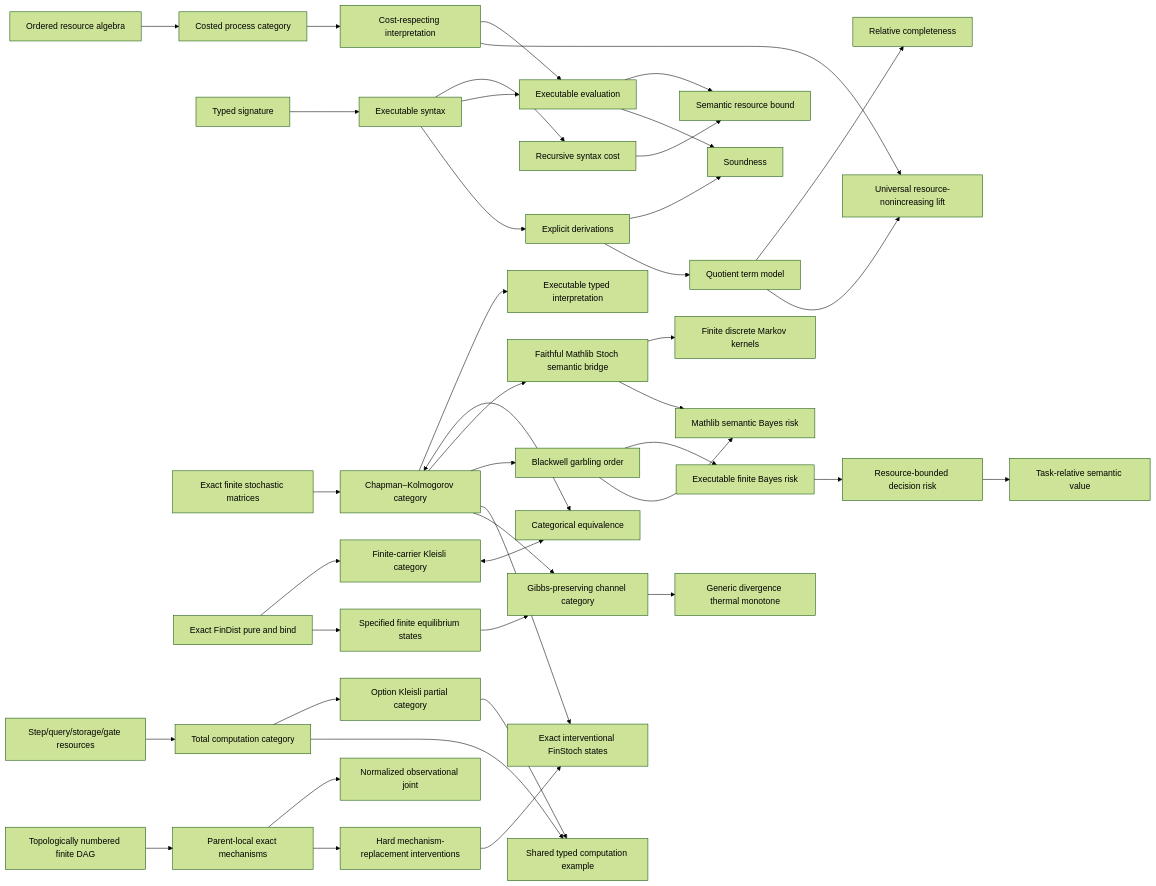
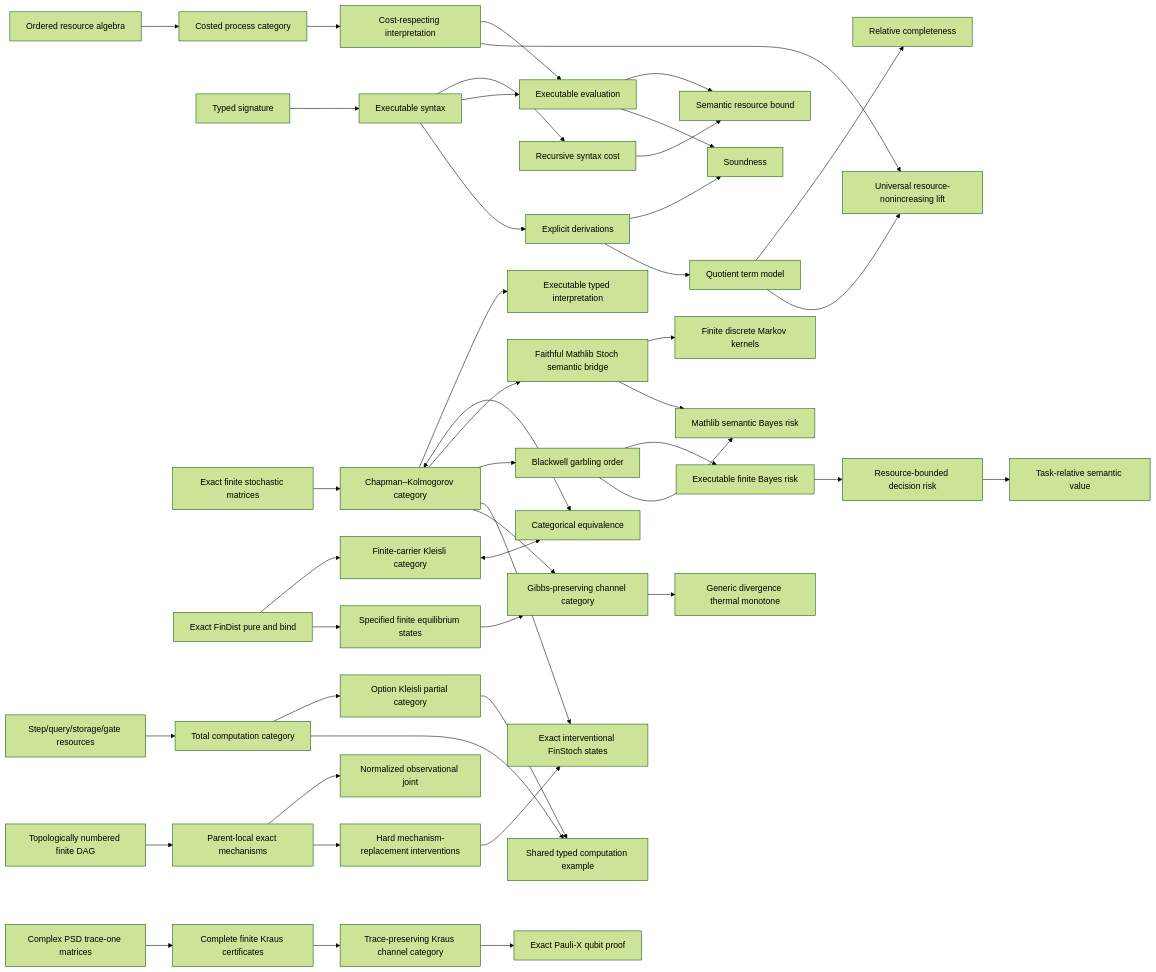
The diagram in README.md (miuchan/ript), drawn with Mermaid (forest theme) before and after one commit. The commit also changed other lines of this file and 12 other files, not shown here.

Commit message:
Formalize finite Kraus channels

````diff
--- a/README.md
+++ b/README.md
@@ -481,44 +534,47 @@
 ```mermaid
 flowchart LR
   R["Ordered resource algebra"] --> C["Costed process category"]
   S["Typed signature"] --> X["Executable syntax"]
   X --> K["Recursive syntax cost"]
   C --> I["Cost-respecting interpretation"]
   X --> E["Executable evaluation"]
   I --> E
   K --> B["Semantic resource bound"]
   E --> B
   X --> D["Explicit derivations"]
   D --> SO["Soundness"]
   E --> SO
   D --> T["Quotient term model"]
   T --> CO["Relative completeness"]
   I --> U["Universal resource-nonincreasing lift"]
   T --> U
   F["Exact finite stochastic matrices"] --> CK["Chapman–Kolmogorov category"]
   CK --> EX["Executable typed interpretation"]
   FD["Exact FinDist pure and bind"] --> KL["Finite-carrier Kleisli category"]
   CK <--> EQ["Categorical equivalence"]
   KL <--> EQ
   CK --> ST["Faithful Mathlib Stoch semantic bridge"]
   ST --> MT["Finite discrete Markov kernels"]
   CK --> BW["Blackwell garbling order"]
   ST --> SB["Mathlib semantic Bayes risk"]
   BW --> FR["Executable finite Bayes risk"]
   FR --> RR["Resource-bounded decision risk"]
   RR --> SV["Task-relative semantic value"]
   BW --> SB
   CR["Step/query/storage/gate resources"] --> TC["Total computation category"]
   TC --> PC["Option Kleisli partial category"]
   TC --> CE["Shared typed computation example"]
   PC --> CE
   DAG["Topologically numbered finite DAG"] --> CM["Parent-local exact mechanisms"]
   CM --> IJ["Normalized observational joint"]
   CM --> DO["Hard mechanism-replacement interventions"]
   DO --> IS["Exact interventional FinStoch states"]
   CK --> IS
   FD --> TE["Specified finite equilibrium states"]
   CK --> GP["Gibbs-preserving channel category"]
   TE --> GP
   GP --> TM["Generic divergence thermal monotone"]
+  QB["Complex PSD trace-one matrices"] --> QK["Complete finite Kraus certificates"]
+  QK --> QC["Trace-preserving Kraus channel category"]
+  QC --> QX["Exact Pauli-X qubit proof"]
 ```
````
